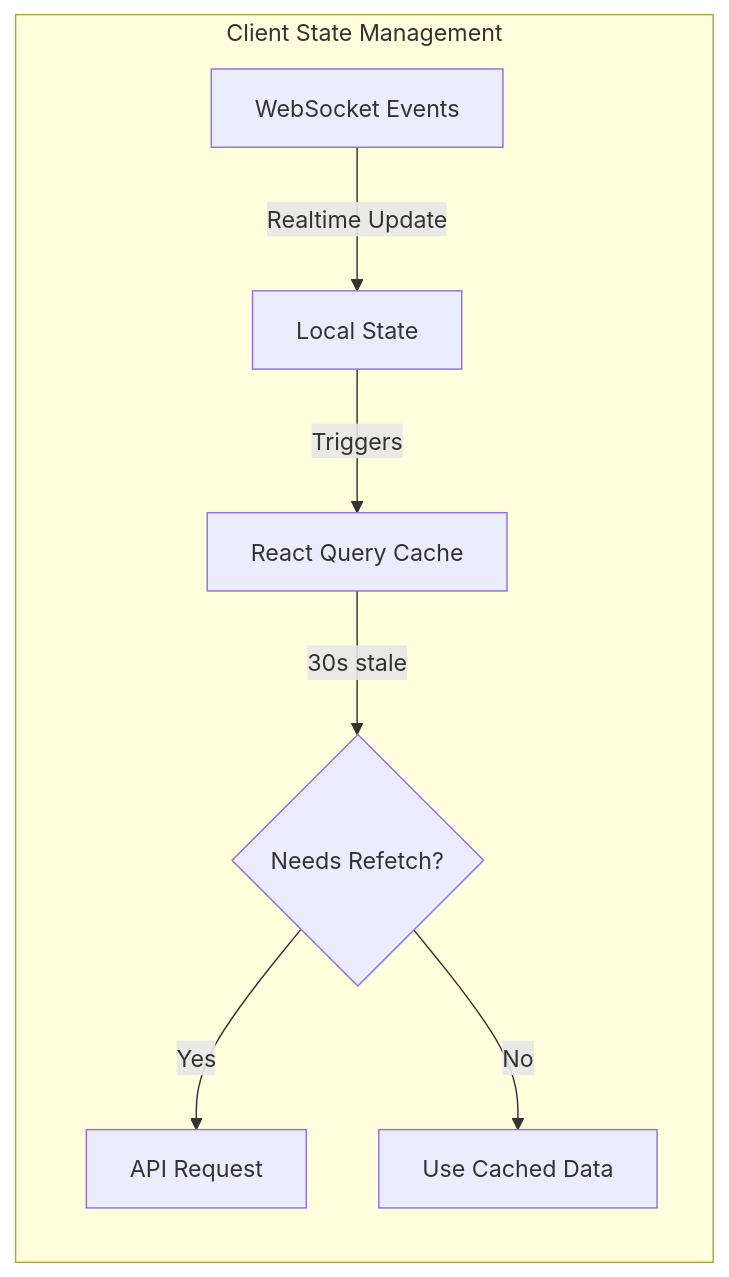
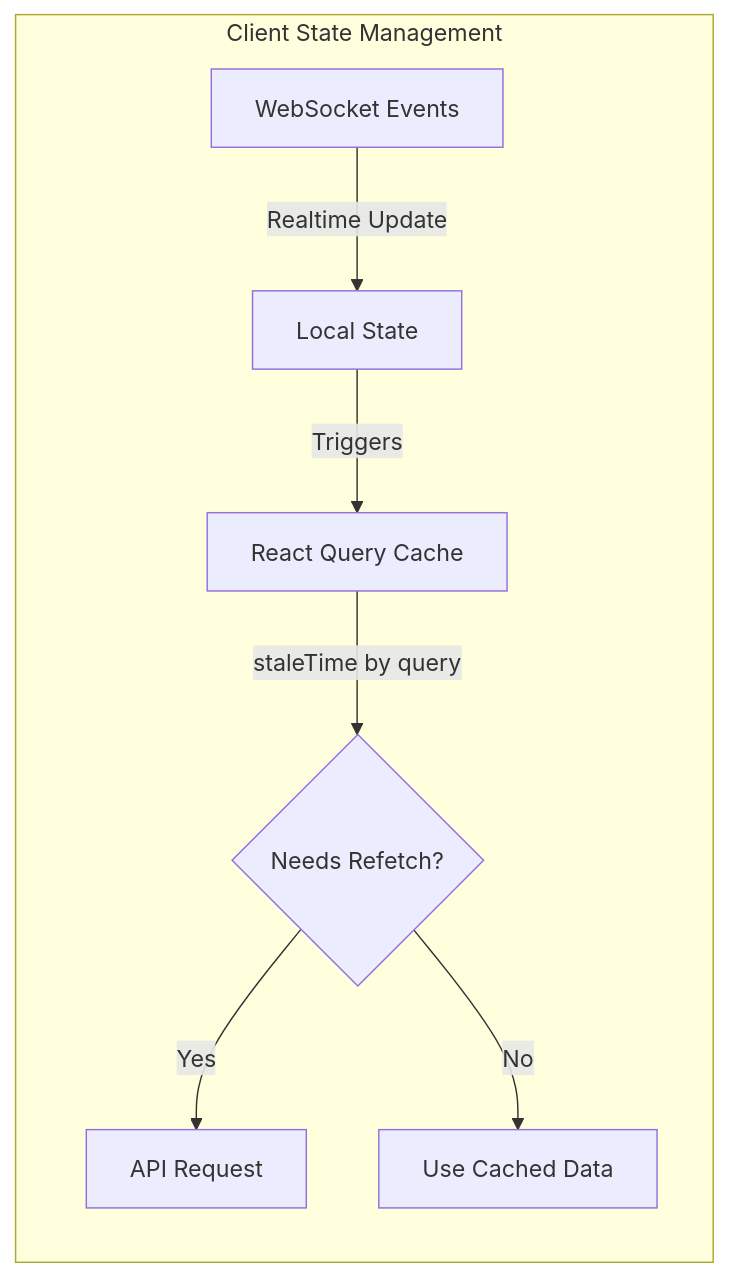
One commit to jtclarkjr/realtime-chat-react changed the second of 21 diagrams in docs/DATA_FLOW_ARCHITECTURE.md. Above: the diagram before and after it, drawn with Mermaid. The commit also changed other lines of this file, not shown here.

Commit message:
docs: update data flow doc

````diff
--- a/docs/DATA_FLOW_ARCHITECTURE.md
+++ b/docs/DATA_FLOW_ARCHITECTURE.md
@@ -80,10 +80,10 @@
 ```mermaid
 flowchart LR
     subgraph "Client State Management"
-        A[React Query Cache] -->|30s stale| B{Needs Refetch?}
+        A[React Query Cache] -->|staleTime by query| B{Needs Refetch?}
         B -->|Yes| C[API Request]
         B -->|No| D[Use Cached Data]
         E[WebSocket Events] -->|Realtime Update| F[Local State]
         F -->|Triggers| A
     end
 ```
````
